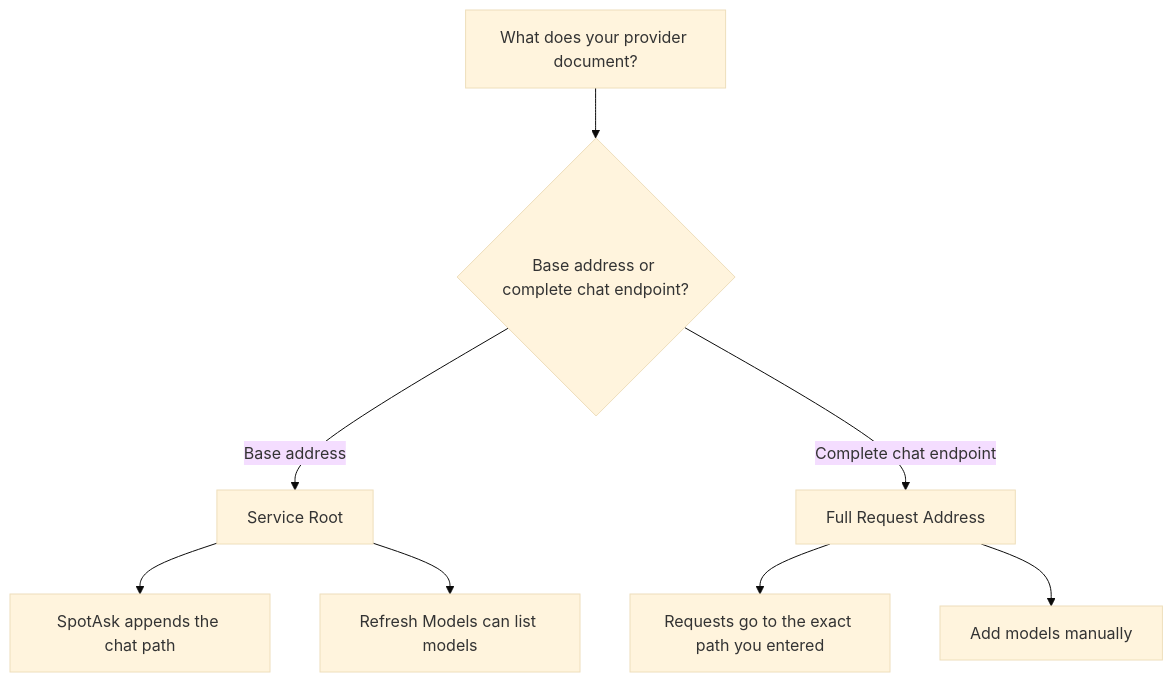
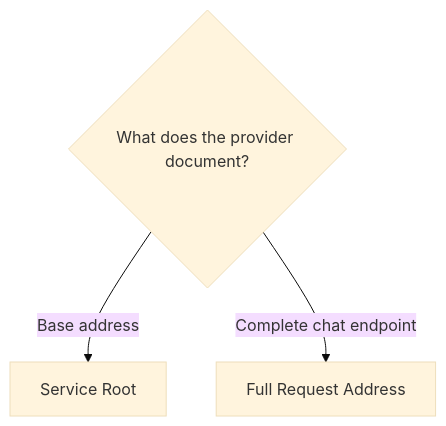
The diagram in docs/site/guides/service-addresses.md (shiquda/SpotAsk), drawn with Mermaid (base theme) before and after one commit. The commit also changed other lines of this file and 14 other files, not shown here.

First line of the commit message:
fix(docs): render mermaid labels as SVG text and style nodes by type (#39)

````diff
--- a/docs/site/guides/service-addresses.md
+++ b/docs/site/guides/service-addresses.md
@@ -36,10 +36,8 @@
-```mermaid Address type decision: what the provider documents decides Service Root or Full Request Address
+```mermaid Address type: use Service Root unless the provider gives a complete chat endpoint
 flowchart TD
-  A[What does your provider document?] --> B{Base address or complete chat endpoint?}
-  B -->|Base address| C[Service Root]
-  B -->|Complete chat endpoint| D[Full Request Address]
-  C --> E[SpotAsk appends the chat path]
-  C --> F[Refresh Models can list models]
-  D --> G[Requests go to the exact path you entered]
-  D --> H[Add models manually]
+  A{What does the provider document?}
+  A -->|Base address| B[Service Root]
+  A -->|Complete chat endpoint| C[Full Request Address]
+  class A entry
+  class B,C outcome
 ```
````
